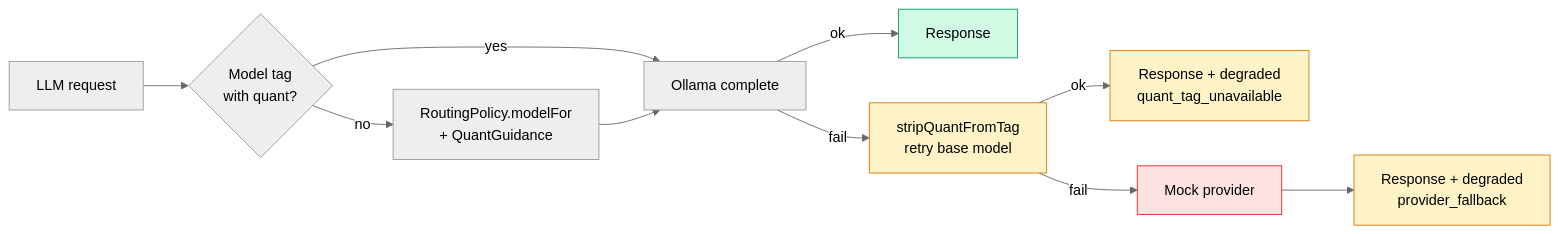
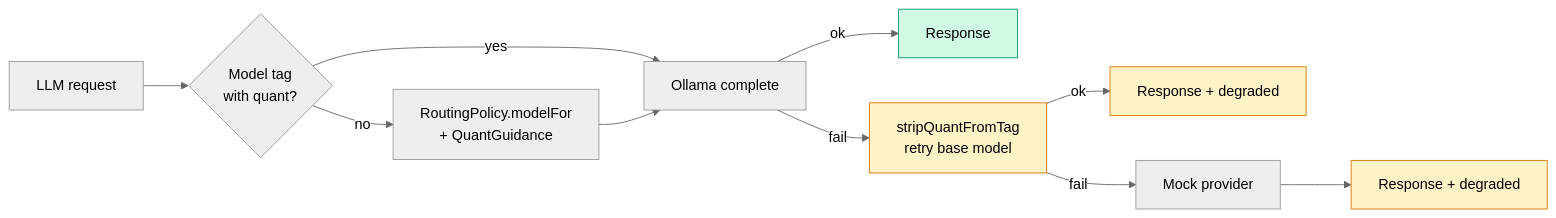
One commit to Geoking2104/KayrosLab changed the sixth of 6 diagrams in README.md. Above: the diagram before and after it, drawn with Mermaid (neutral theme). The commit also changed other lines of this file, not shown here.

````diff
--- a/README.md
+++ b/README.md
@@ -155,25 +226,21 @@
 ```mermaid
 flowchart LR
   REQ[LLM request] --> TAG{Model tag
   with quant?}
   TAG -->|yes| OLLAMA[Ollama complete]
   TAG -->|no| POL[RoutingPolicy.modelFor
   + QuantGuidance]
   POL --> OLLAMA
 
   OLLAMA -->|ok| OK[Response]
   OLLAMA -->|fail| STRIP[stripQuantFromTag
   retry base model]
-  STRIP -->|ok| DEG1[Response + degraded
-  quant_tag_unavailable]
+  STRIP -->|ok| DEG1[Response + degraded]
   STRIP -->|fail| MOCK[Mock provider]
-  MOCK --> DEG2[Response + degraded
-  provider_fallback]
+  MOCK --> DEG2[Response + degraded]
 
   classDef ok fill:#d1fae5,stroke:#059669
   classDef soft fill:#fef3c7,stroke:#d97706
-  classDef bad fill:#fee2e2,stroke:#dc2626
   class OK ok
   class DEG1,DEG2,STRIP soft
-  class MOCK bad
 ```
````
